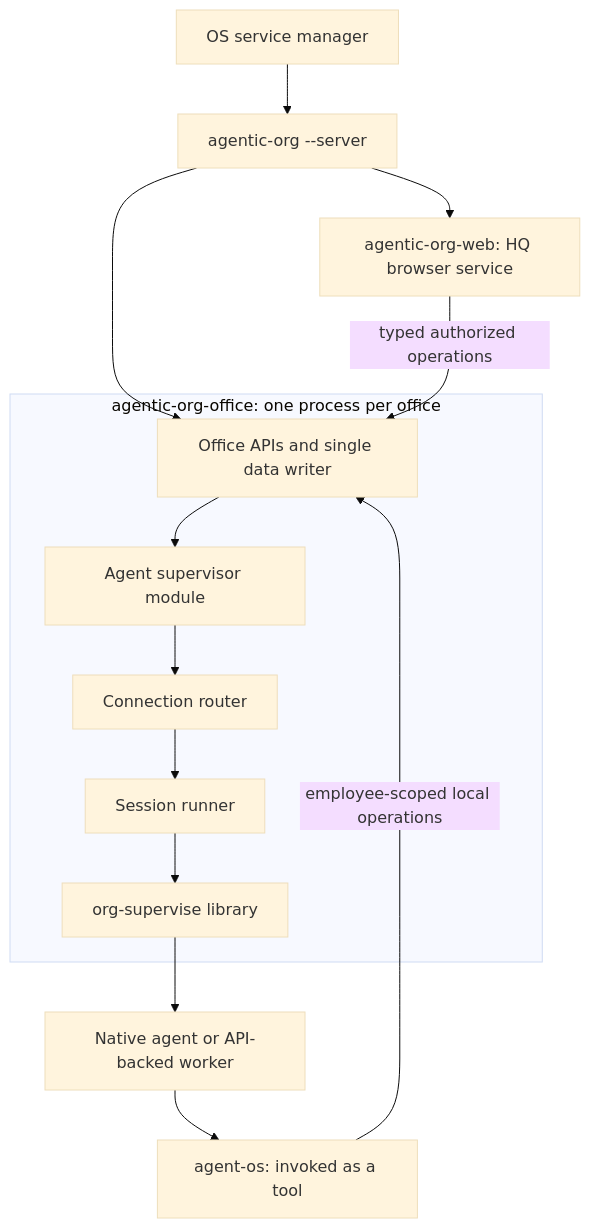
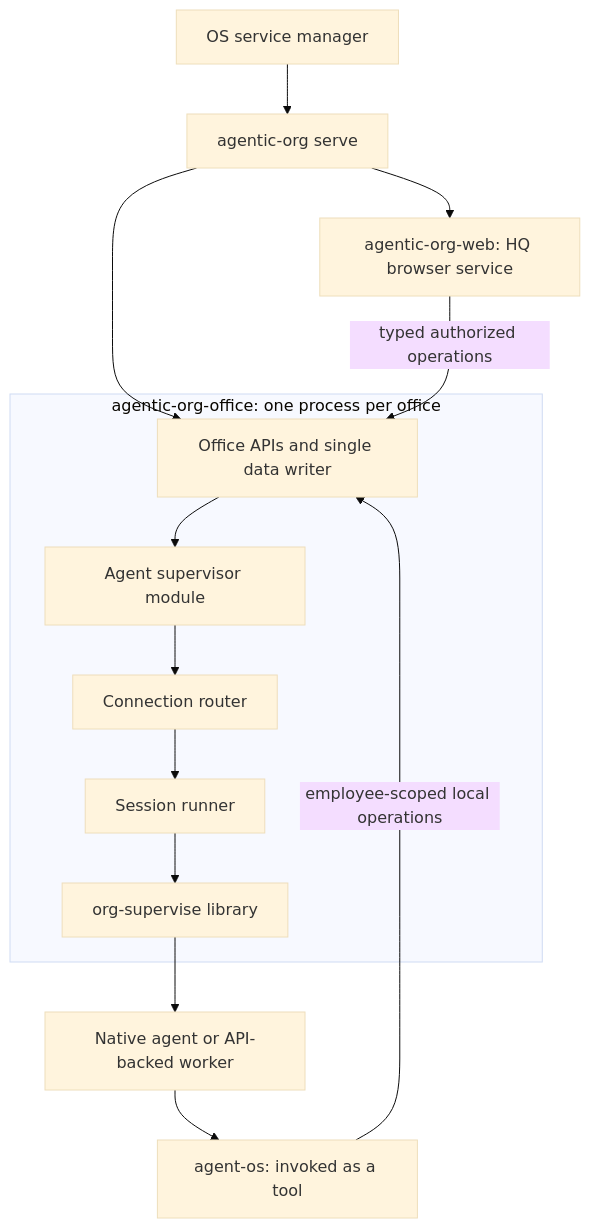
One commit to vgmello/agentic-org changed the first of 4 diagrams in docs/design/organization-data/11-agent-execution-pools-addendum.md. Above: the diagram before and after it, drawn with Mermaid (base theme). The commit also changed other lines of this file, not shown here.

Commit message:
docs: unify initial setup and background service registration

````diff
--- a/docs/design/organization-data/11-agent-execution-pools-addendum.md
+++ b/docs/design/organization-data/11-agent-execution-pools-addendum.md
@@ -37,16 +37,16 @@
 ```mermaid
 flowchart TD
-    Manager[OS service manager] --> Host[agentic-org --server]
+    Manager[OS service manager] --> Host[agentic-org serve]
     Host --> Web[agentic-org-web: HQ browser service]
     Host --> API
     Web -->|typed authorized operations| API
     subgraph Office[agentic-org-office: one process per office]
         API[Office APIs and single data writer] --> Supervisor[Agent supervisor module]
         Supervisor --> Router[Connection router]
         Router --> Runner[Session runner]
         Runner --> OS[org-supervise library]
     end
     OS --> Runtime[Native agent or API-backed worker]
     Runtime --> AgentCLI[agent-os: invoked as a tool]
     AgentCLI -->|employee-scoped local operations| API
 ```
````
